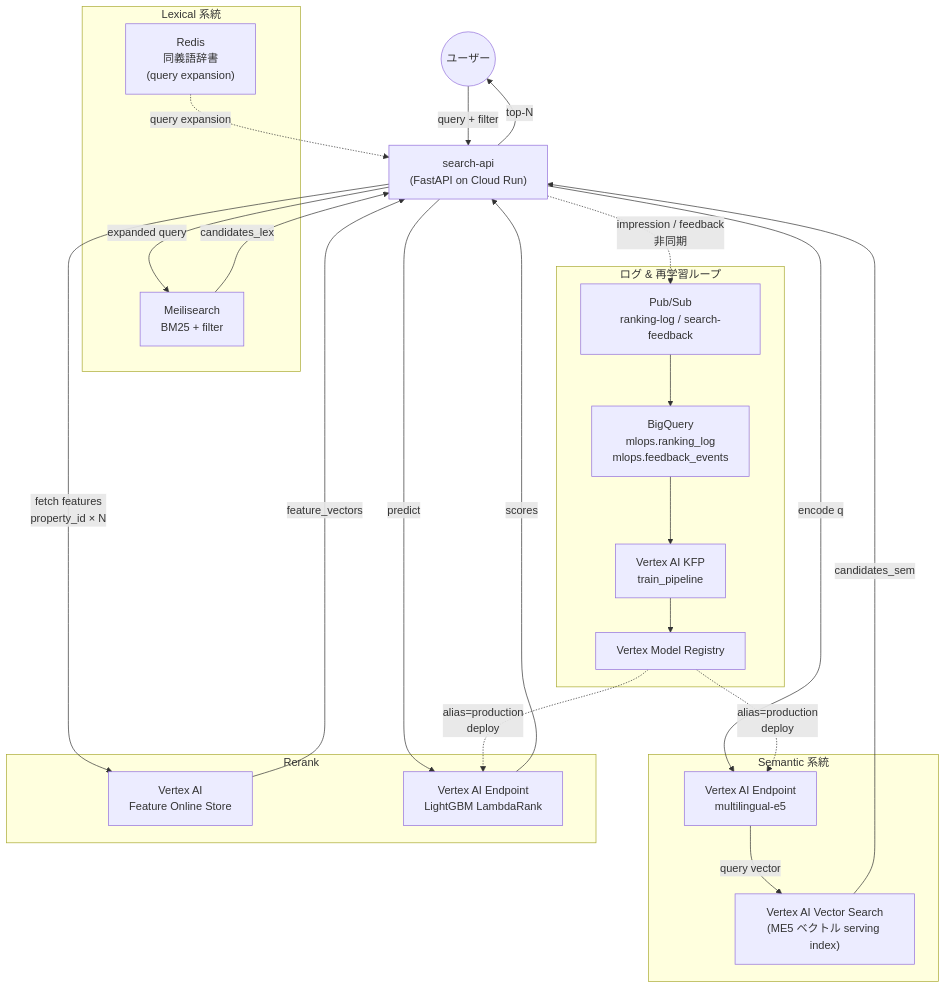
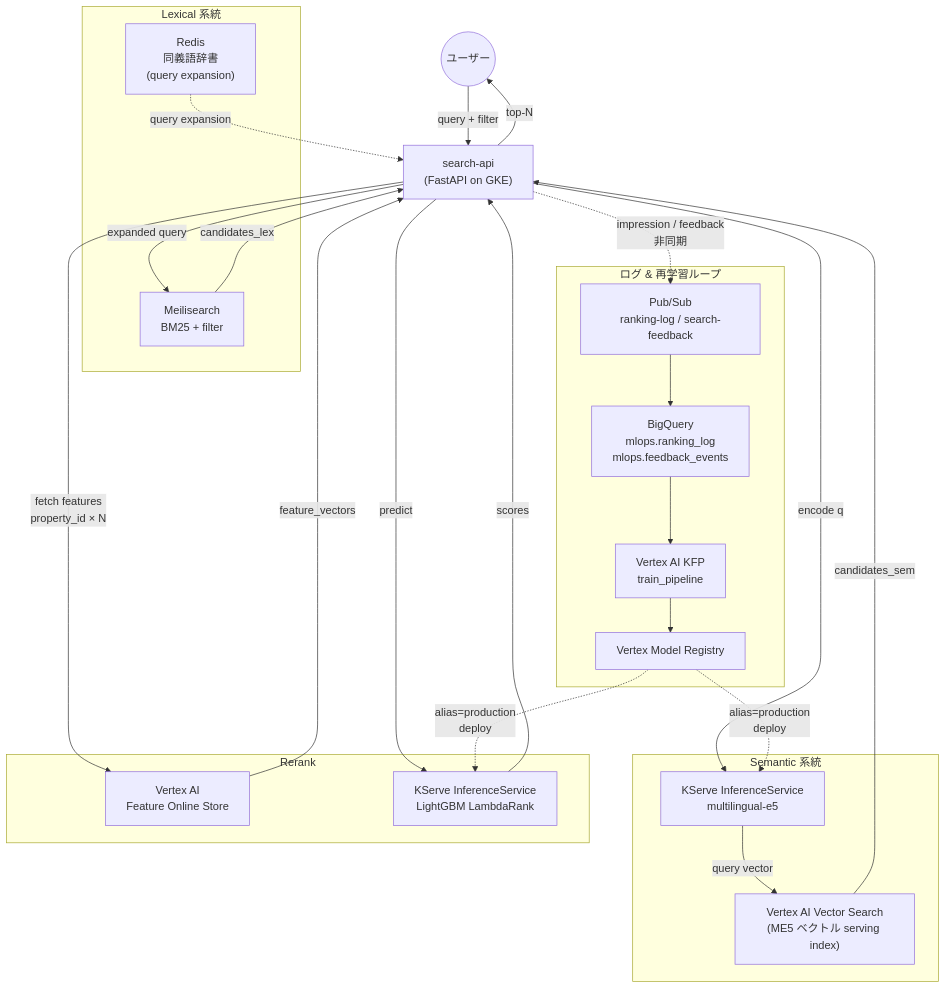
One commit to kurosawa-kuro/study-gcp-search-mlops-gke changed the first of 5 diagrams in docs/architecture/01_仕様と設計.md. Above: the diagram before and after it, drawn with Mermaid. The commit also changed other lines of this file and 4 other files, not shown here.

````diff
--- a/docs/architecture/01_仕様と設計.md
+++ b/docs/architecture/01_仕様と設計.md
@@ -101,46 +83,46 @@
 ```mermaid
 flowchart TB
     User((ユーザー))
-    API["search-api<br/>(FastAPI on Cloud Run)"]
+    API["search-api<br/>(FastAPI on GKE)"]
 
     subgraph LEX["Lexical 系統"]
         Mei["Meilisearch<br/>BM25 + filter"]
         Syn["Redis<br/>同義語辞書<br/>(query expansion)"]
     end
 
     subgraph SEM["Semantic 系統"]
-        Enc["Vertex AI Endpoint<br/>multilingual-e5"]
+        Enc["KServe InferenceService<br/>multilingual-e5"]
         VVS["Vertex AI Vector Search<br/>(ME5 ベクトル serving index)"]
     end
 
     subgraph RNK["Rerank"]
         FOS["Vertex AI<br/>Feature Online Store"]
-        RR["Vertex AI Endpoint<br/>LightGBM LambdaRank"]
+        RR["KServe InferenceService<br/>LightGBM LambdaRank"]
     end
 
     subgraph LOG["ログ & 再学習ループ"]
         PS["Pub/Sub<br/>ranking-log / search-feedback"]
         BQL["BigQuery<br/>mlops.ranking_log<br/>mlops.feedback_events"]
         Train["Vertex AI KFP<br/>train_pipeline"]
         MR["Vertex Model Registry"]
     end
 
     User -->|query + filter| API
     Syn -.->|query expansion| API
     API -->|expanded query| Mei
     API -->|encode q| Enc
     Enc -->|query vector| VVS
     Mei -->|candidates_lex| API
     VVS -->|candidates_sem| API
     API -->|fetch features<br/>property_id × N| FOS
     FOS -->|feature_vectors| API
     API -->|predict| RR
     RR -->|scores| API
     API -->|top-N| User
     API -.->|impression / feedback<br/>非同期| PS
     PS --> BQL
     BQL --> Train
     Train --> MR
     MR -.->|alias=production<br/>deploy| RR
     MR -.->|alias=production<br/>deploy| Enc
 ```
````
